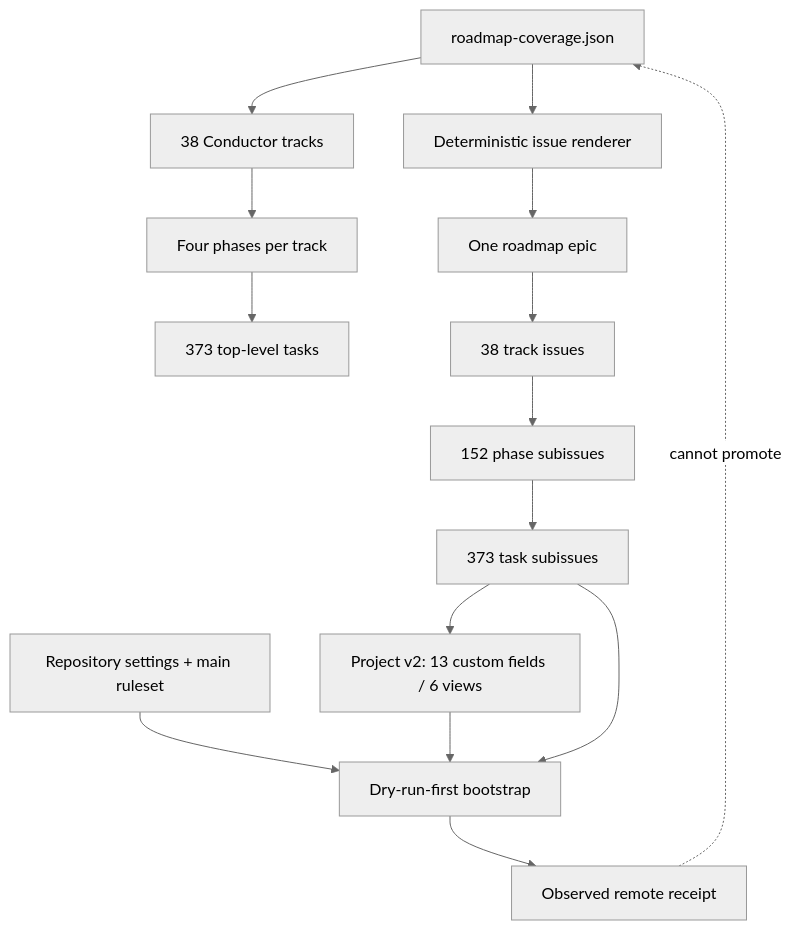
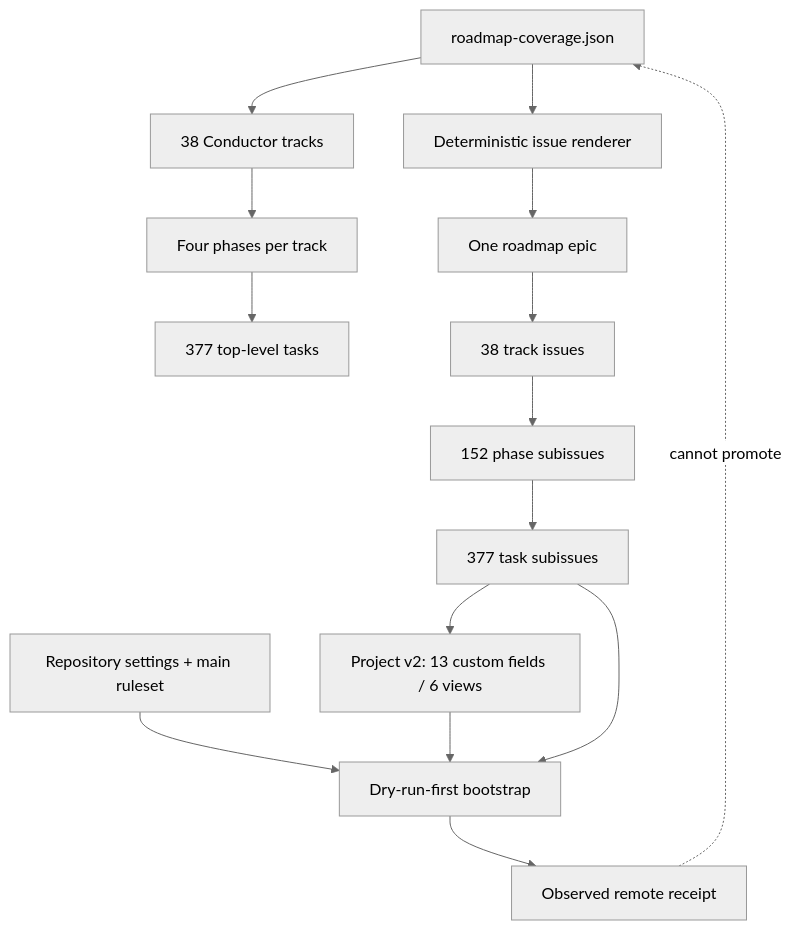
One commit to edithatogo/searchright changed the seventh of 9 diagrams in conductor/design.md. Above: the diagram before and after it, drawn with Mermaid (neutral theme). The commit also changed 204 other files, not shown here.

````diff
--- a/conductor/design.md
+++ b/conductor/design.md
@@ -147,17 +147,17 @@
 ```mermaid
 flowchart TB
   COV[roadmap-coverage.json] --> TRACKS[38 Conductor tracks]
   TRACKS --> PLANS[Four phases per track]
-  PLANS --> TASKS[373 top-level tasks]
+  PLANS --> TASKS[377 top-level tasks]
   COV --> RENDER[Deterministic issue renderer]
   RENDER --> EPIC[One roadmap epic]
   EPIC --> ISSUES[38 track issues]
   ISSUES --> PHASES[152 phase subissues]
-  PHASES --> TSUB[373 task subissues]
+  PHASES --> TSUB[377 task subissues]
   TSUB --> PROJECT[Project v2: 13 custom fields / 6 views]
   SETTINGS[Repository settings + main ruleset] --> BOOT[Dry-run-first bootstrap]
   PROJECT --> BOOT
   TSUB --> BOOT
   BOOT --> RECEIPT[Observed remote receipt]
   RECEIPT -. cannot promote .-> COV
 ```
````
